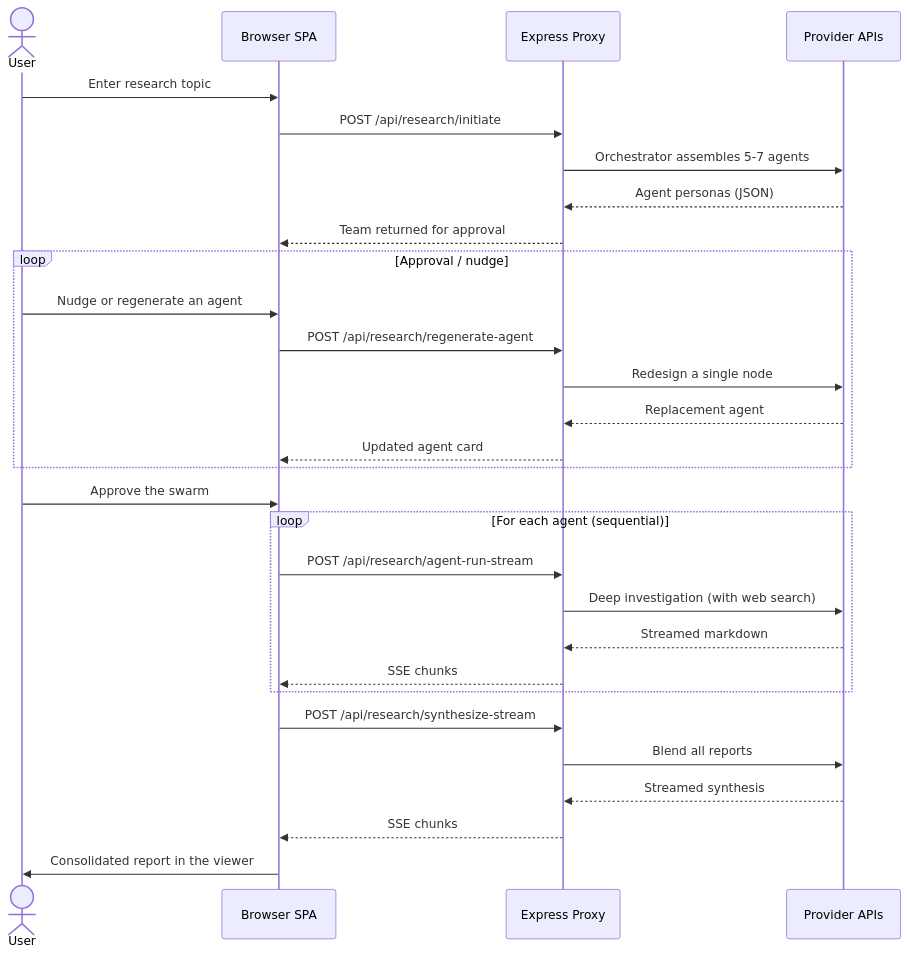
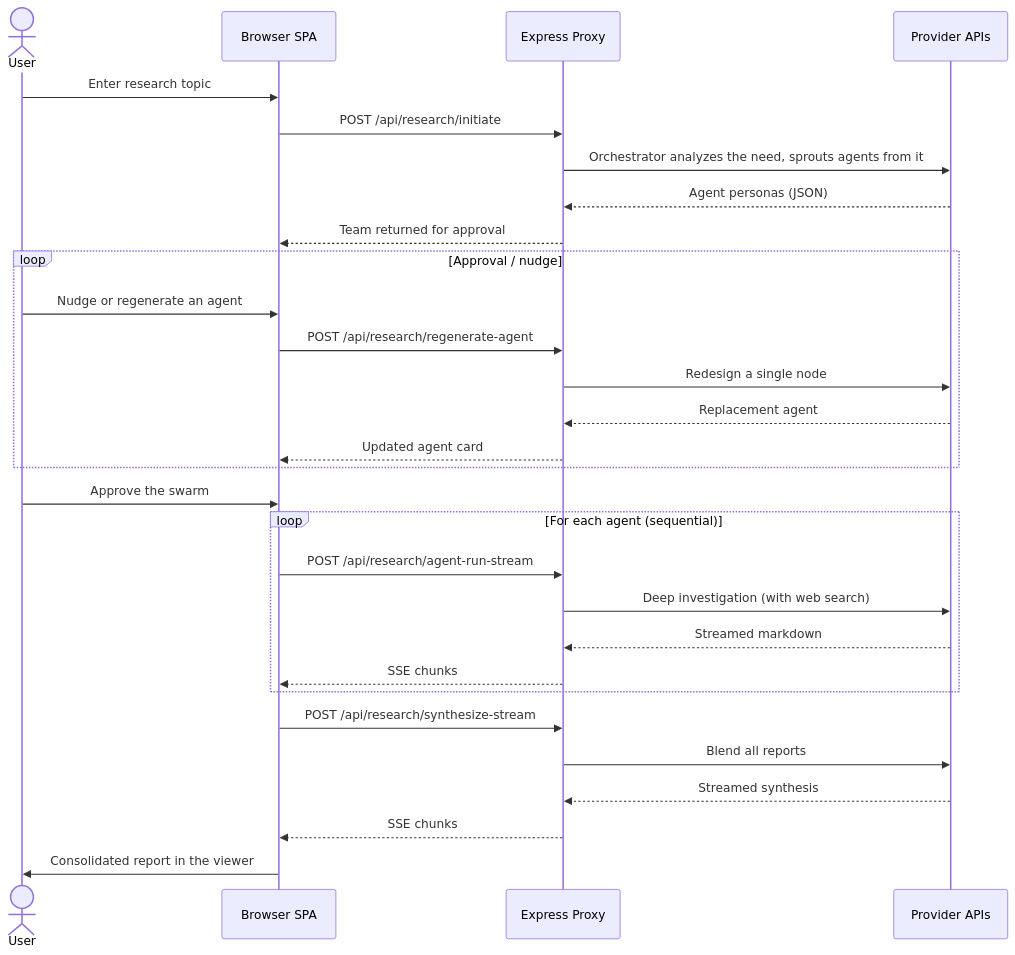
Before and after one commit to rustyorb/swarm-intel: the second of 2 diagrams in README.md, drawn with Mermaid. The commit also changed other lines of this file and 6 other files, not shown here.

````diff
--- a/README.md
+++ b/README.md
@@ -79,36 +81,36 @@
 ```mermaid
 sequenceDiagram
     actor User
     participant SPA as Browser SPA
     participant API as Express Proxy
     participant LLM as Provider APIs
 
     User->>SPA: Enter research topic
     SPA->>API: POST /api/research/initiate
-    API->>LLM: Orchestrator assembles 5-7 agents
+    API->>LLM: Orchestrator analyzes the need, sprouts agents from it
     LLM-->>API: Agent personas (JSON)
     API-->>SPA: Team returned for approval
 
     loop Approval / nudge
         User->>SPA: Nudge or regenerate an agent
         SPA->>API: POST /api/research/regenerate-agent
         API->>LLM: Redesign a single node
         LLM-->>API: Replacement agent
         API-->>SPA: Updated agent card
     end
 
     User->>SPA: Approve the swarm
 
     loop For each agent (sequential)
         SPA->>API: POST /api/research/agent-run-stream
         API->>LLM: Deep investigation (with web search)
         LLM-->>API: Streamed markdown
         API-->>SPA: SSE chunks
     end
 
     SPA->>API: POST /api/research/synthesize-stream
     API->>LLM: Blend all reports
     LLM-->>API: Streamed synthesis
     API-->>SPA: SSE chunks
     SPA->>User: Consolidated report in the viewer
 ```
````
